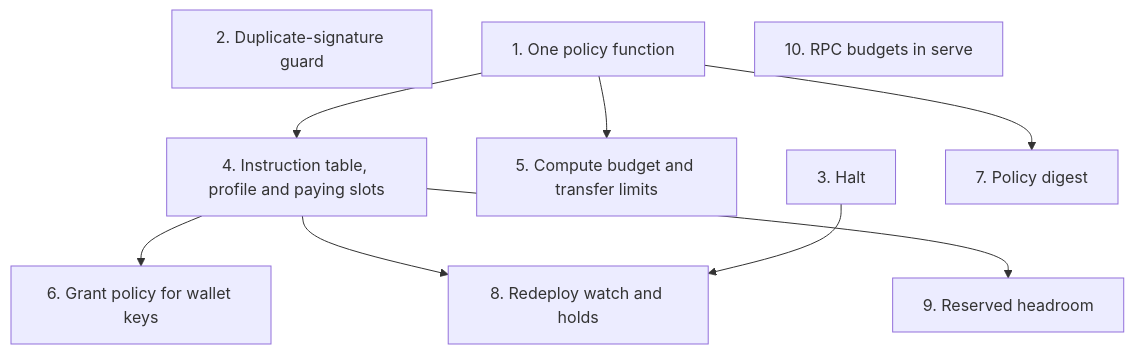
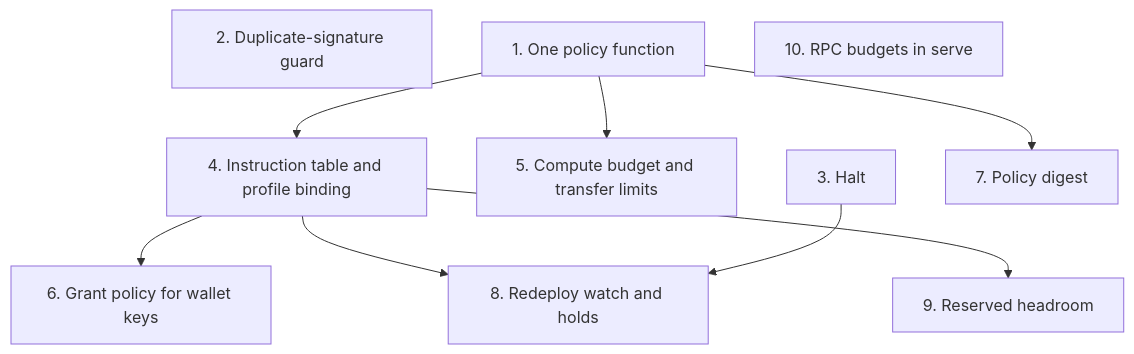
Before and after one commit to ttdonovan/sa-forge-signer: the diagram in docs/src/dev/hardening.md, drawn with Mermaid. The commit also changed other lines of this file and 5 other files, not shown here.

Commit message:
feat: pair Player Profile's key and profile accounts in the instruction table, and drop paying slots from proposal 4.

````diff
--- a/docs/src/dev/hardening.md
+++ b/docs/src/dev/hardening.md
@@ -19,20 +19,20 @@
 ```mermaid
 flowchart TD
     D["2. Duplicate-signature guard"]
     H["3. Halt"]
     P["1. One policy function"]
     C["5. Compute budget and transfer limits"]
-    T["4. Instruction table, profile and paying slots"]
+    T["4. Instruction table and profile binding"]
     G["6. Grant policy for wallet keys"]
     DG["7. Policy digest"]
     U["8. Redeploy watch and holds"]
     R["9. Reserved headroom"]
     B["10. RPC budgets in serve"]
     P --> C
     P --> T
     T --> G
     T --> U
     T --> R
     P --> DG
     H --> U
 ```
````
